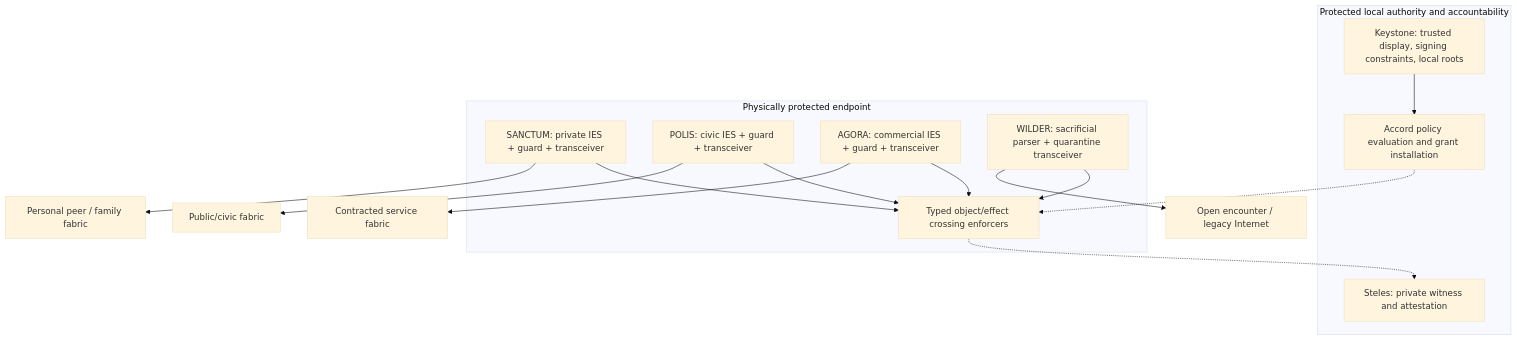
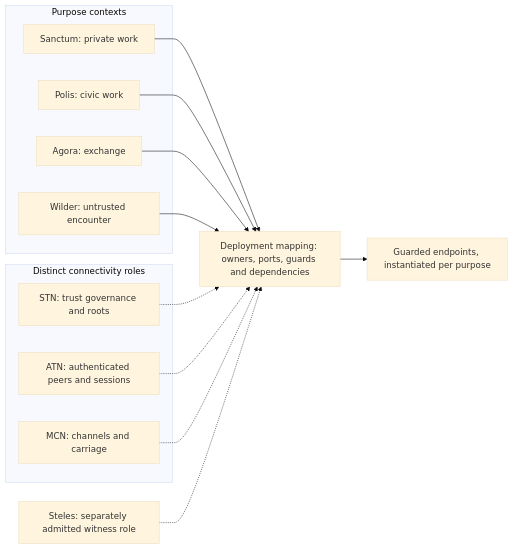
The second of 2 diagrams in data/readmes/nshkrdotcom__ASKA.md (zqf20096327/ai_collect), drawn with Mermaid (base theme) before and after one commit. The commit also changed other lines of this file and 1934 other files, not shown here.

````diff
--- a/data/readmes/nshkrdotcom__ASKA.md
+++ b/data/readmes/nshkrdotcom__ASKA.md
@@ -37,26 +34,23 @@
 ```mermaid
-flowchart TD
-  subgraph ROOT["Protected local authority and accountability"]
-    K["Keystone: trusted display, signing constraints, local roots"]
-    ST["Steles: private witness and attestation"]
-    AC["Accord policy evaluation and grant installation"]
-    K --> AC
+flowchart LR
+  subgraph Purposes["Purpose contexts"]
+    S["Sanctum: private work"]
+    P["Polis: civic work"]
+    A["Agora: exchange"]
+    W["Wilder: untrusted encounter"]
   end
-  subgraph EP["Physically protected endpoint"]
-    S["SANCTUM: private IES + guard + transceiver"]
-    P["POLIS: civic IES + guard + transceiver"]
-    A["AGORA: commercial IES + guard + transceiver"]
-    W["WILDER: sacrificial parser + quarantine transceiver"]
-    X["Typed object/effect crossing enforcers"]
+  subgraph Connectivity["Distinct connectivity roles"]
+    ST["STN: trust governance and roots"]
+    AT["ATN: authenticated peers and sessions"]
+    MC["MCN: channels and carriage"]
   end
-  AC -.-> X
-  S --> X
-  P --> X
-  A --> X
-  W --> X
-  X -.-> ST
-  S --> SN["Personal peer / family fabric"]
-  P --> PN["Public/civic fabric"]
-  A --> AN["Contracted service fabric"]
-  W --> WN["Open encounter / legacy Internet"]
+  S --> M["Deployment mapping: owners, ports, guards and dependencies"]
+  P --> M
+  A --> M
+  W --> M
+  ST -.-> M
+  AT -.-> M
+  MC -.-> M
+  M --> B["Guarded endpoints, instantiated per purpose"]
+  V["Steles: separately admitted witness role"] -.-> M
 ```
````
